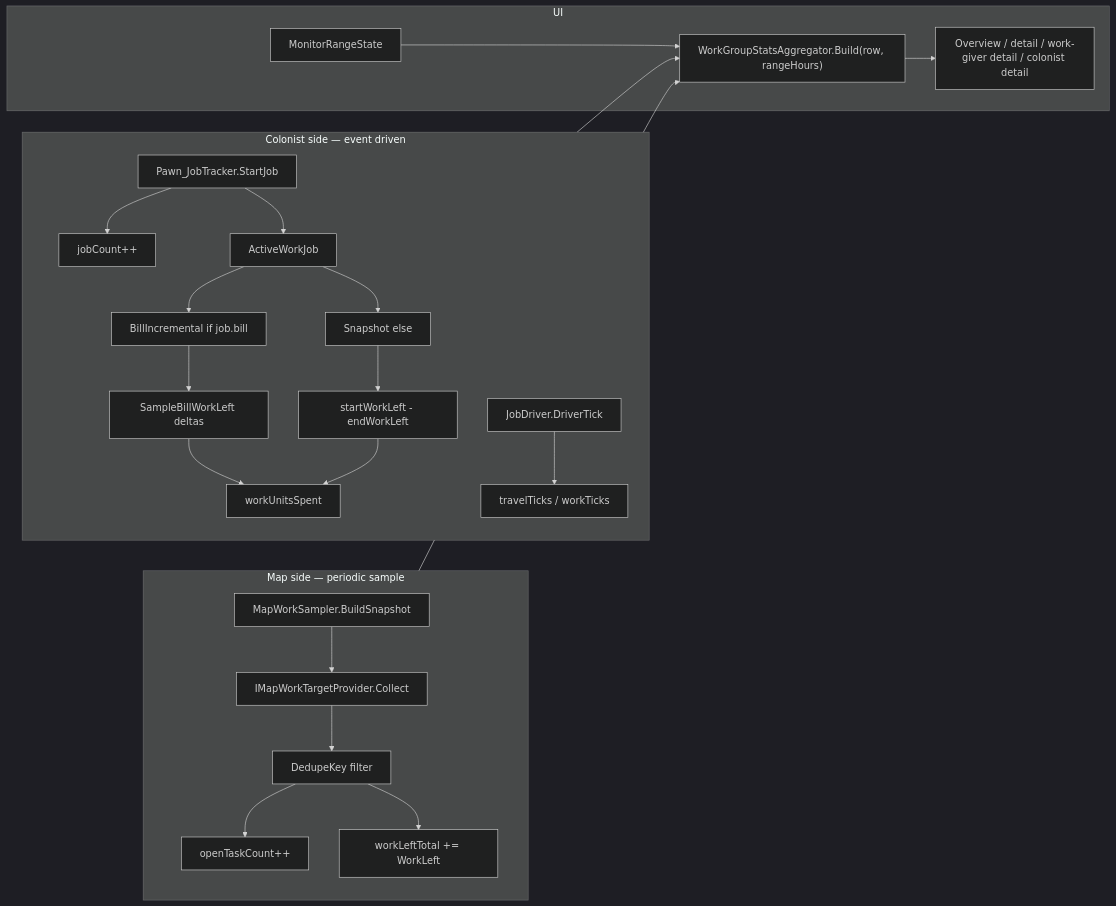
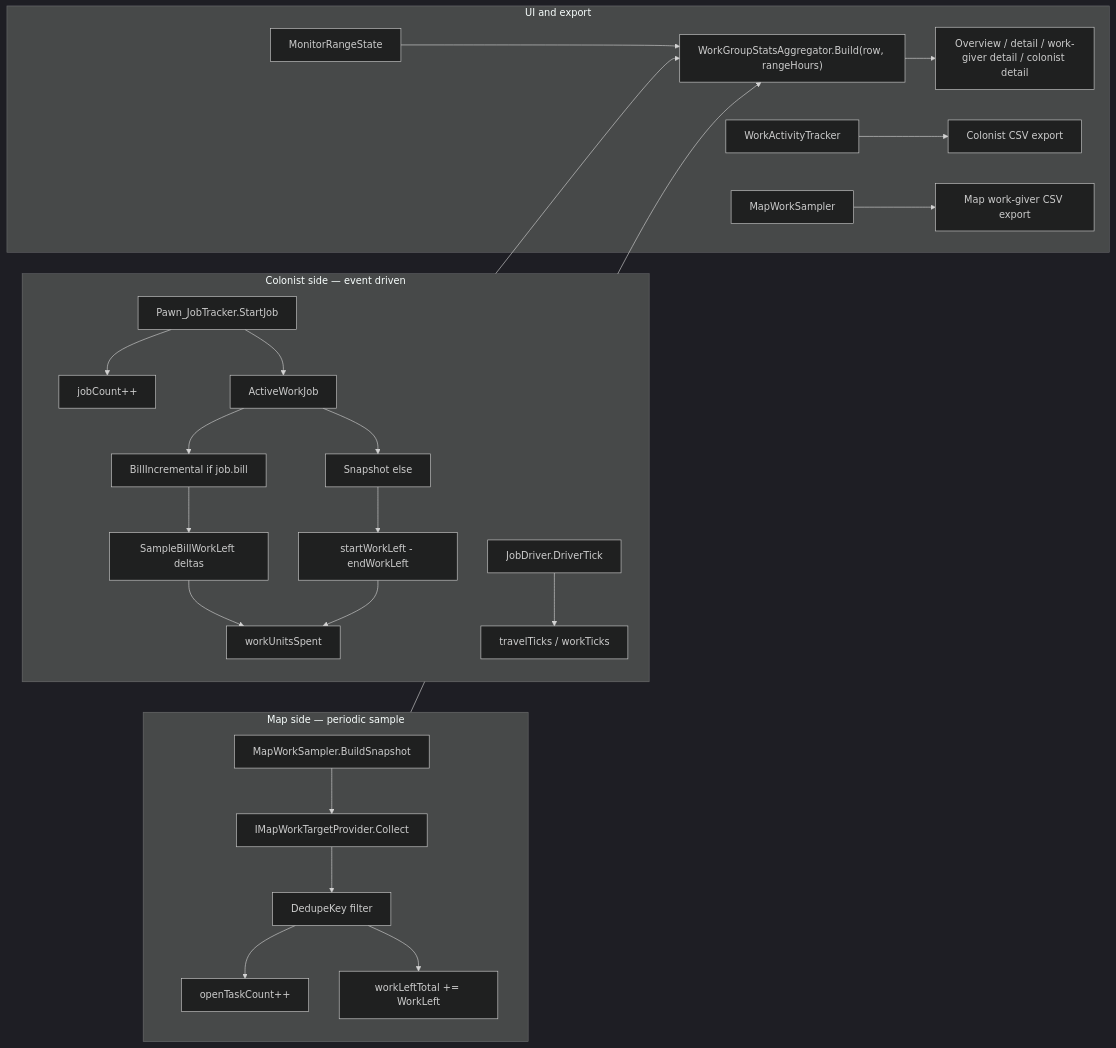
The first of 2 diagrams in development.md (philip2p2026-git/WorkMonitor), drawn with Mermaid (dark theme) before and after one commit. The commit also changed other lines of this file, not shown here.

Commit message:
Document CSV export alignment and correct pawn tier retention in development.md.

````diff
--- a/development.md
+++ b/development.md
@@ -43,29 +43,31 @@
 ```mermaid
 flowchart LR
     subgraph colonist [Colonist side — event driven]
         StartJob["Pawn_JobTracker.StartJob"] --> JobCount["jobCount++"]
         StartJob --> ActiveJob["ActiveWorkJob"]
         ActiveJob --> BillMode["BillIncremental if job.bill"]
         ActiveJob --> SnapMode["Snapshot else"]
         BillMode --> BillDelta["SampleBillWorkLeft deltas"]
         SnapMode --> SnapDelta["startWorkLeft - endWorkLeft"]
         BillDelta --> ColWork["workUnitsSpent"]
         SnapDelta --> ColWork
         DriverTick["JobDriver.DriverTick"] --> TravelWork["travelTicks / workTicks"]
     end
 
     subgraph map [Map side — periodic sample]
         Sampler["MapWorkSampler.BuildSnapshot"] --> Providers["IMapWorkTargetProvider.Collect"]
         Providers --> Dedupe["DedupeKey filter"]
         Dedupe --> MapCount["openTaskCount++"]
         Dedupe --> MapWork["workLeftTotal += WorkLeft"]
     end
 
-    subgraph ui [UI]
+    subgraph ui [UI and export]
         Range["MonitorRangeState"] --> Aggregator["WorkGroupStatsAggregator.Build(row, rangeHours)"]
         Aggregator --> Panels["Overview / detail / work-giver detail / colonist detail"]
+        TrackerStore["WorkActivityTracker"] --> ColCsv["Colonist CSV export"]
+        MapStore["MapWorkSampler"] --> MapCsv["Map work-giver CSV export"]
     end
 
     colonist --> Aggregator
     map --> Aggregator
 ```
````
